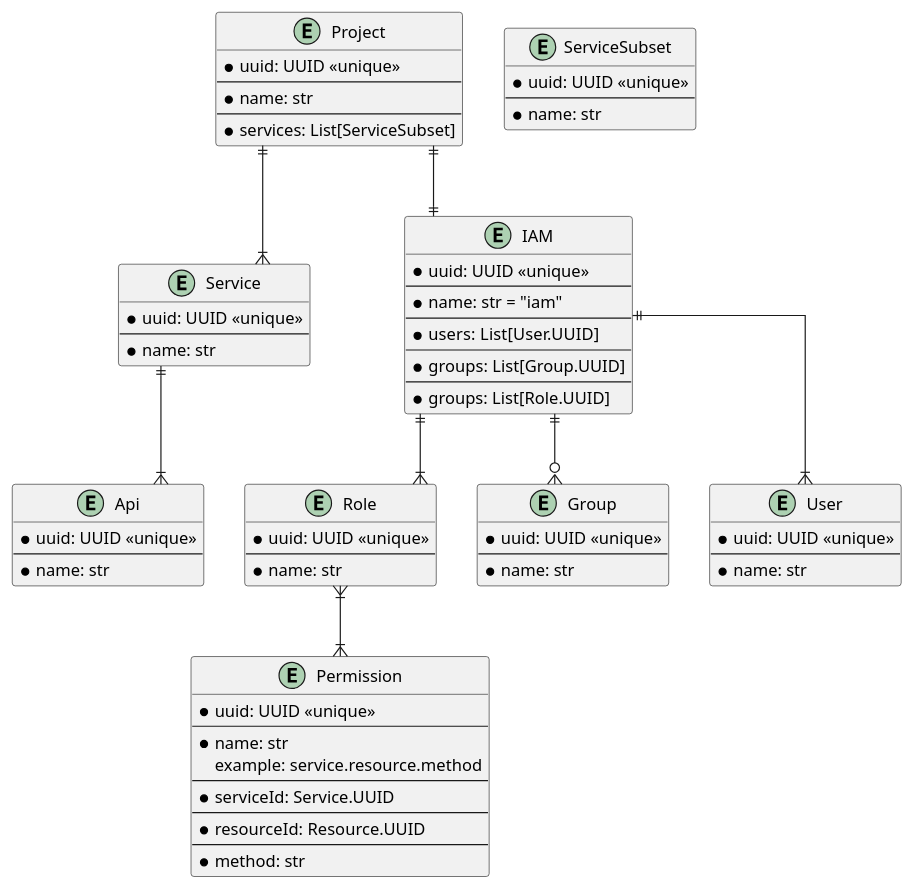
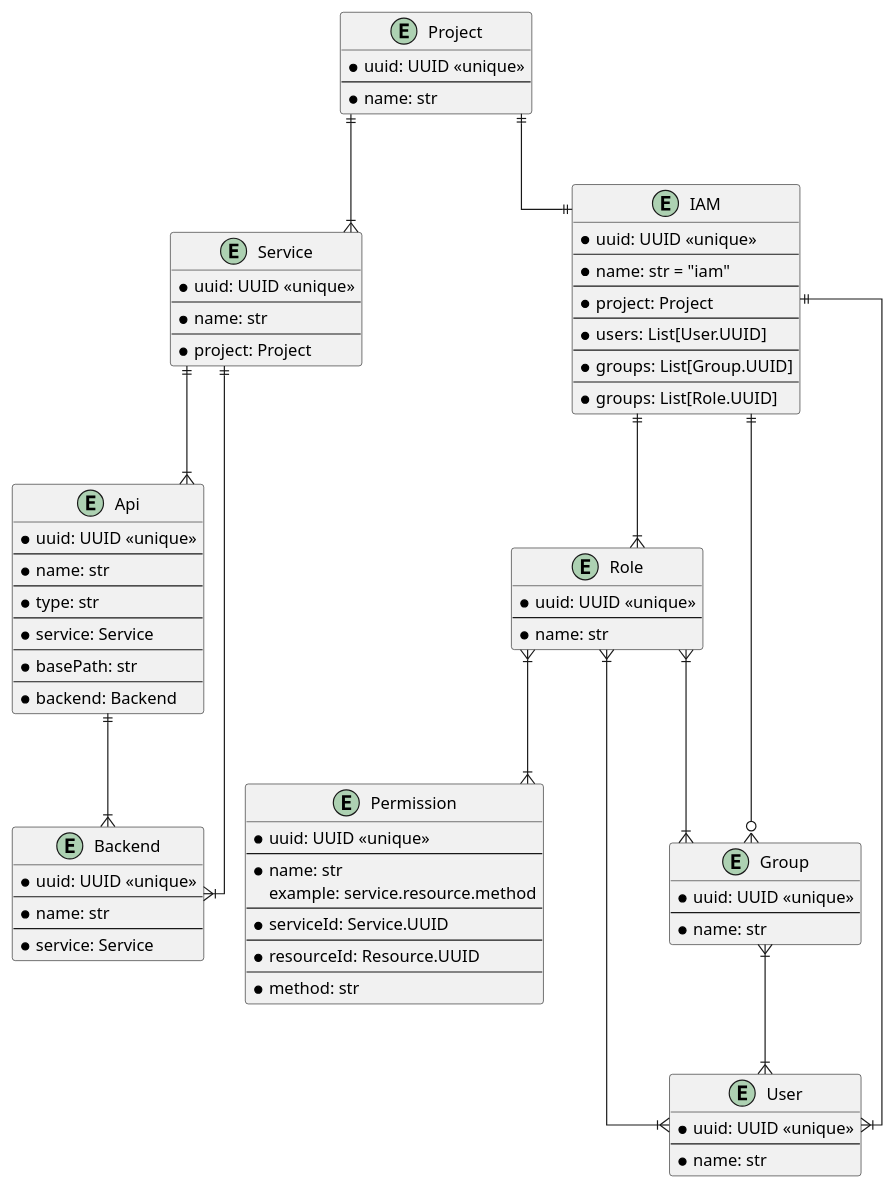
Before and after one commit to nkoguchiDev/iam: the diagram in app/backend/er_image/app.puml, drawn with PlantUML.

```diff
--- a/app/backend/er_image/app.puml
+++ b/app/backend/er_image/app.puml
@@ -1,83 +1,100 @@
 @startuml
 skinparam linetype ortho
 
 entity Project {
-  * uuid: UUID <<unique>>
-  --
-  * name: str
-  --
-  * services: List[ServiceSubset]
-}
-
-entity ServiceSubset {
   * uuid: UUID <<unique>>
   --
   * name: str
 }
 
 entity Service {
   * uuid: UUID <<unique>>
   --
   * name: str
+  --
+  * project: Project
 }
 
 entity Api {
   * uuid: UUID <<unique>>
   --
   * name: str
+  --
+  * type: str
+  --
+  * service: Service
+  --
+  * basePath: str
+  --
+  * backend: Backend
+}
+
+entity Backend {
+  * uuid: UUID <<unique>>
+  --
+  * name: str
+  --
+  * service: Service
 }
 
 entity IAM {
   * uuid: UUID <<unique>>
   --
   * name: str = "iam"
+  --
+  * project: Project
   --
   * users: List[User.UUID]
   --
   * groups: List[Group.UUID]
   --
   * groups: List[Role.UUID]
 }
 
 entity Role {
   * uuid: UUID <<unique>>
   --
   * name: str
 }
 
 entity Permission {
   * uuid: UUID <<unique>>
   --
   * name: str
   example: service.resource.method
   --
   * serviceId: Service.UUID
   --
   * resourceId: Resource.UUID
   --
   * method: str
 }
 
 entity Group {
   * uuid: UUID <<unique>>
   --
   * name: str
 }
 
 entity User {
   * uuid: UUID <<unique>>
   --
   * name: str
 }
 
 Project ||--|{ Service
 Project ||--|| IAM
 
 Service ||--|{ Api
+Service ||--|{ Backend
+Api ||--|{ Backend
 
 IAM ||--|{ Role
 IAM ||--o{ Group
 IAM ||--|{ User
 Role }|--|{ Permission
+Role }|--|{ Group
+Role }|--|{ User
+Group }|--|{ User
 
 @enduml
```
